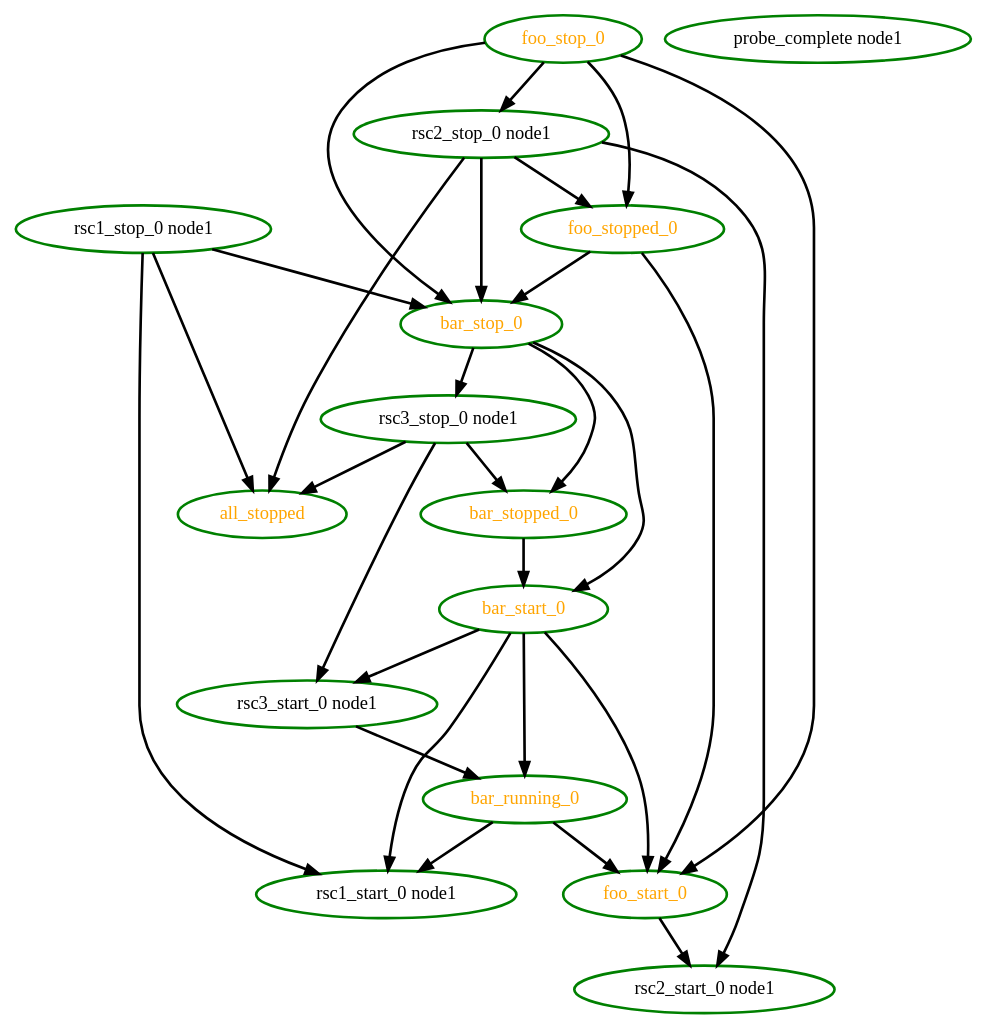
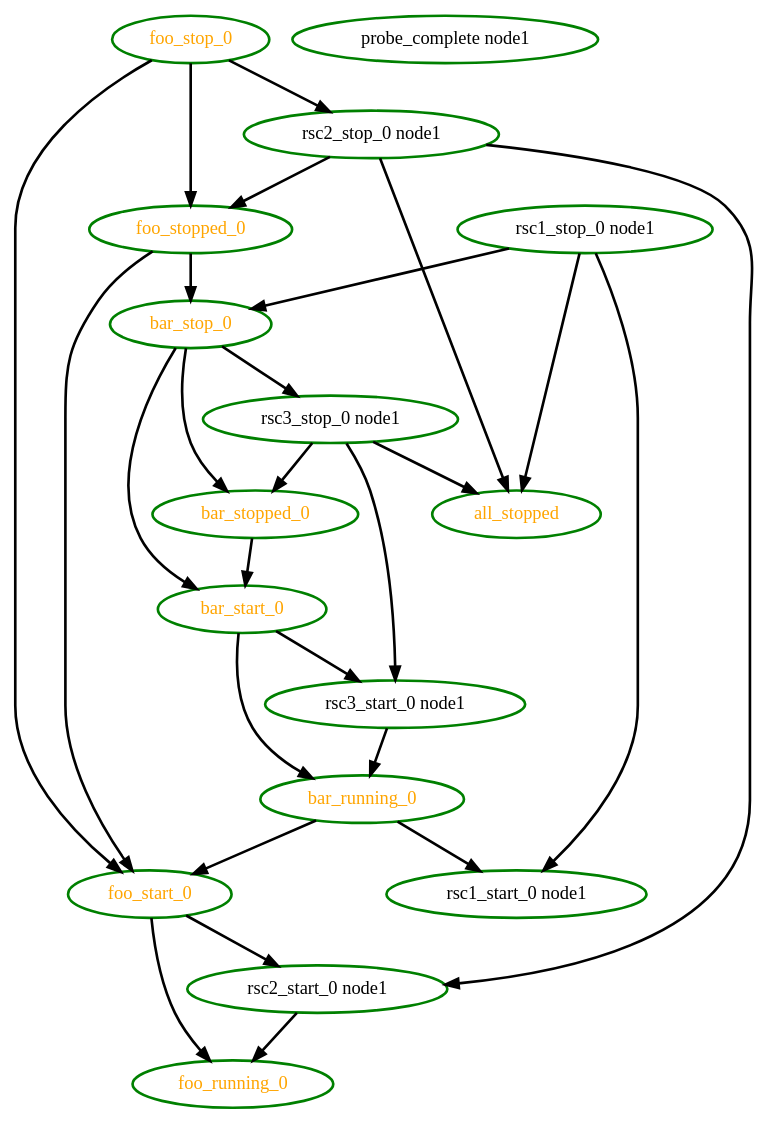
One commit to linux-ha-japan/pm_diskd changed the diagram in pengine/testcases/rec-rsc-9.dot. Above: the diagram before and after it, drawn with Graphviz. The commit also changed 57 other files, not shown here.

```diff
--- a/pengine/testcases/rec-rsc-9.dot
+++ b/pengine/testcases/rec-rsc-9.dot
@@ -1,45 +1,44 @@
  digraph "g" {
 "all_stopped" [ style=bold color="green" fontcolor="orange"  ]
 "bar_running_0" -> "foo_start_0" [ style = bold]
 "bar_running_0" -> "rsc1_start_0 node1" [ style = bold]
 "bar_running_0" [ style=bold color="green" fontcolor="orange" ]
 "bar_start_0" -> "bar_running_0" [ style = bold]
-"bar_start_0" -> "foo_start_0" [ style = bold]
-"bar_start_0" -> "rsc1_start_0 node1" [ style = bold]
 "bar_start_0" -> "rsc3_start_0 node1" [ style = bold]
 "bar_start_0" [ style=bold color="green" fontcolor="orange" ]
 "bar_stop_0" -> "bar_start_0" [ style = bold]
 "bar_stop_0" -> "bar_stopped_0" [ style = bold]
 "bar_stop_0" -> "rsc3_stop_0 node1" [ style = bold]
 "bar_stop_0" [ style=bold color="green" fontcolor="orange" ]
 "bar_stopped_0" -> "bar_start_0" [ style = bold]
 "bar_stopped_0" [ style=bold color="green" fontcolor="orange" ]
+"foo_running_0" [ style=bold color="green" fontcolor="orange"  ]
+"foo_start_0" -> "foo_running_0" [ style = bold]
 "foo_start_0" -> "rsc2_start_0 node1" [ style = bold]
 "foo_start_0" [ style=bold color="green" fontcolor="orange" ]
-"foo_stop_0" -> "bar_stop_0" [ style = bold]
 "foo_stop_0" -> "foo_start_0" [ style = bold]
 "foo_stop_0" -> "foo_stopped_0" [ style = bold]
 "foo_stop_0" -> "rsc2_stop_0 node1" [ style = bold]
 "foo_stop_0" [ style=bold color="green" fontcolor="orange" ]
 "foo_stopped_0" -> "bar_stop_0" [ style = bold]
 "foo_stopped_0" -> "foo_start_0" [ style = bold]
 "foo_stopped_0" [ style=bold color="green" fontcolor="orange" ]
 "probe_complete node1" [ style=bold color="green" fontcolor="black" ]
 "rsc1_start_0 node1" [ style=bold color="green" fontcolor="black" ]
 "rsc1_stop_0 node1" -> "all_stopped" [ style = bold]
 "rsc1_stop_0 node1" -> "bar_stop_0" [ style = bold]
 "rsc1_stop_0 node1" -> "rsc1_start_0 node1" [ style = bold]
 "rsc1_stop_0 node1" [ style=bold color="green" fontcolor="black" ]
+"rsc2_start_0 node1" -> "foo_running_0" [ style = bold]
 "rsc2_start_0 node1" [ style=bold color="green" fontcolor="black" ]
 "rsc2_stop_0 node1" -> "all_stopped" [ style = bold]
-"rsc2_stop_0 node1" -> "bar_stop_0" [ style = bold]
 "rsc2_stop_0 node1" -> "foo_stopped_0" [ style = bold]
 "rsc2_stop_0 node1" -> "rsc2_start_0 node1" [ style = bold]
 "rsc2_stop_0 node1" [ style=bold color="green" fontcolor="black" ]
 "rsc3_start_0 node1" -> "bar_running_0" [ style = bold]
 "rsc3_start_0 node1" [ style=bold color="green" fontcolor="black" ]
 "rsc3_stop_0 node1" -> "all_stopped" [ style = bold]
 "rsc3_stop_0 node1" -> "bar_stopped_0" [ style = bold]
 "rsc3_stop_0 node1" -> "rsc3_start_0 node1" [ style = bold]
 "rsc3_stop_0 node1" [ style=bold color="green" fontcolor="black" ]
 }
```
